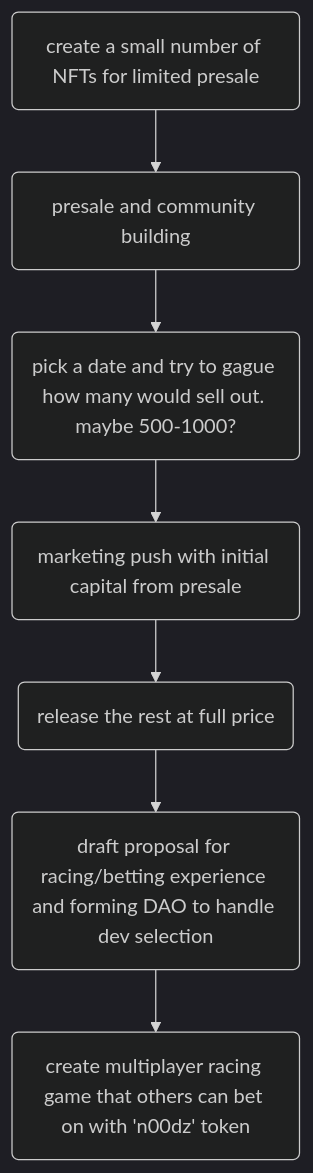
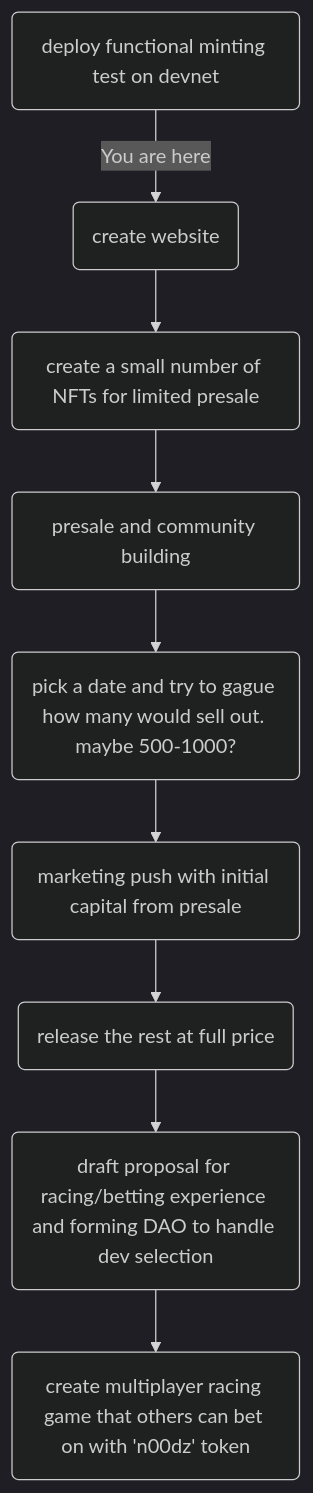
The first of 2 diagrams in docs/index.md (skittixch/DangerNoodle), drawn with Mermaid (dark theme) before and after one commit.

````diff
--- a/docs/index.md
+++ b/docs/index.md
@@ -10,9 +10,11 @@
 ```mermaid
 graph TD
-A(create a small number of NFTs for limited presale) --> B(presale and community building)
+    A1(deploy functional minting test on devnet) --> |You are here| A2(create website)
+    A2 --> A(create a small number of NFTs for limited presale)
+    A --> B(presale and community building)
     B --> C(pick a date and try to gague how many would sell out. maybe 500-1000?)
     C --> D(marketing push with initial capital from presale)
     D --> E(release the rest at full price)
     E --> F(draft proposal for racing/betting experience and forming DAO to handle dev selection)
     F --> G(create multiplayer racing game that others can bet on with 'n00dz' token)
 ```
````
